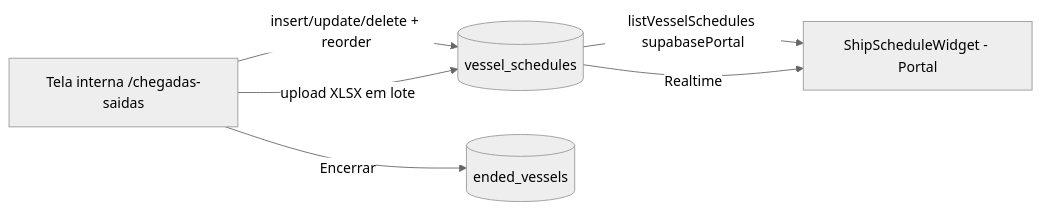
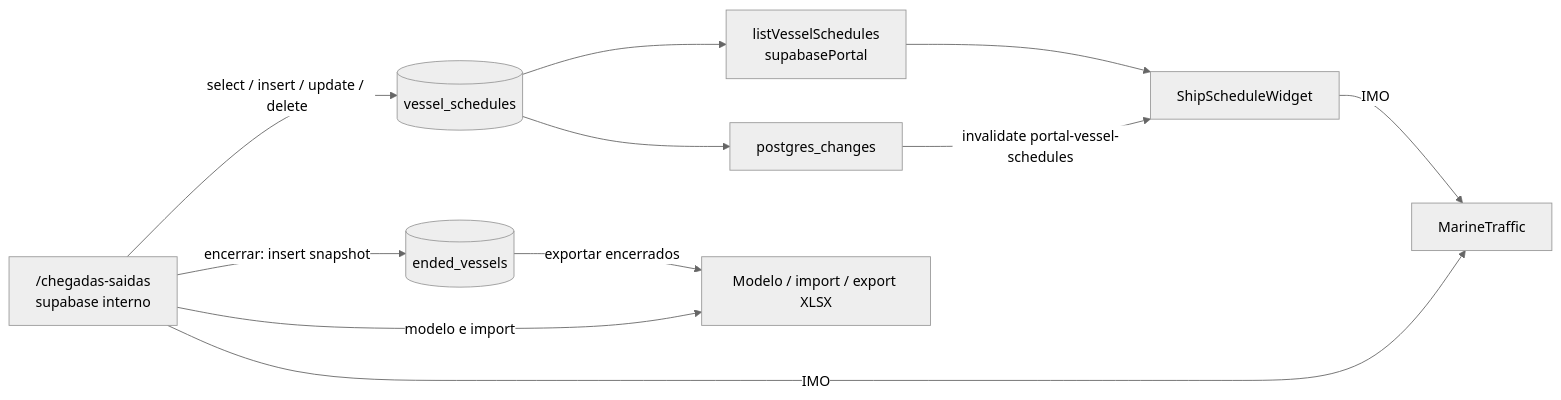
The diagram in docs/modules/chegadas-saidas.md (luccafwlog/transhippingdesk), drawn with Mermaid (neutral theme) before and after one commit. The commit also changed other lines of this file and 1 other file, not shown here.

Commit message:
docs: map operation support and vessel schedules

````diff
--- a/docs/modules/chegadas-saidas.md
+++ b/docs/modules/chegadas-saidas.md
@@ -15,8 +112,22 @@
 ```mermaid
 flowchart LR
-  Admin[Tela interna /chegadas-saidas] -->|insert/update/delete + reorder| VS[(vessel_schedules)]
-  Admin -->|upload XLSX em lote| VS
-  Admin -->|Encerrar| EV[(ended_vessels)]
-  VS -->|listVesselSchedules supabasePortal| Widget[ShipScheduleWidget - Portal]
-  VS -->|Realtime| Widget
+    Internal["/chegadas-saidas<br/>supabase interno"]
+    Active[("vessel_schedules")]
+    Ended[("ended_vessels")]
+    PortalService["listVesselSchedules<br/>supabasePortal"]
+    Widget["ShipScheduleWidget"]
+    Realtime["postgres_changes"]
+    XLSX["Modelo / import / export XLSX"]
+    Marine["MarineTraffic"]
+
+    Internal -->|select / insert / update / delete| Active
+    Internal -->|encerrar: insert snapshot| Ended
+    Internal -->|modelo e import| XLSX
+    Ended -->|exportar encerrados| XLSX
+    Active --> PortalService
+    PortalService --> Widget
+    Active --> Realtime
+    Realtime -->|invalidate portal-vessel-schedules| Widget
+    Internal -->|IMO| Marine
+    Widget -->|IMO| Marine
 ```
````
